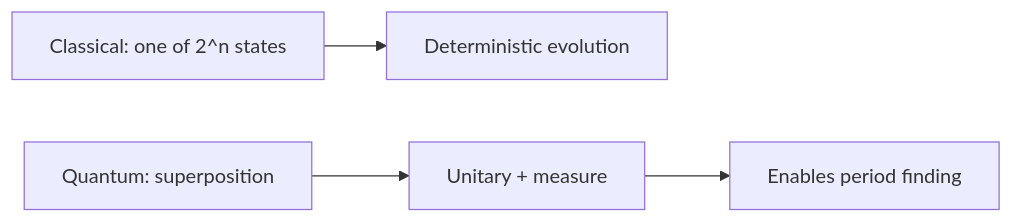
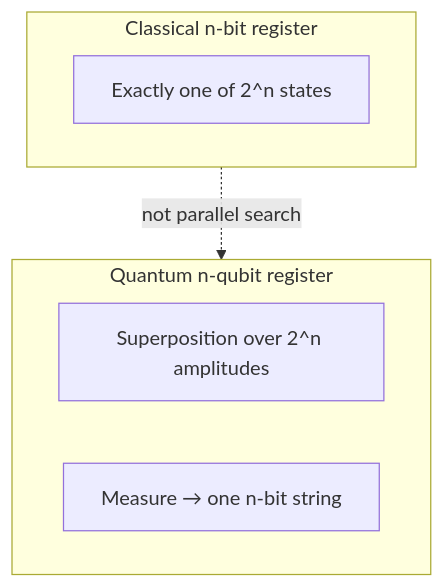
Before and after one commit to kalyogyogi-ui/Ai-check-: the first of 3 diagrams in manuscript/chapters/02-quantum-computing-fundamentals.md, drawn with Mermaid. The commit also changed other lines of this file and 31 other files, not shown here.

First line of the commit message:
Fix figure placement: in-section after intro text, repair corrupted headings

````diff
--- a/manuscript/chapters/02-quantum-computing-fundamentals.md
+++ b/manuscript/chapters/02-quantum-computing-fundamentals.md
@@ -7,6 +11,11 @@
 ```mermaid
-flowchart LR
-  C[Classical: one of 2^n states] --> CQ[Deterministic evolution]
-  Q[Quantum: superposition] --> QQ[Unitary + measure]
-  QQ --> Shor[Enables period finding]
+flowchart TB
+  subgraph classical [Classical n-bit register]
+    C1[Exactly one of 2^n states]
+  end
+  subgraph quantum [Quantum n-qubit register]
+    Q1[Superposition over 2^n amplitudes]
+    Q2[Measure → one n-bit string]
+  end
+  classical -.->|not parallel search| quantum
 ```
````
